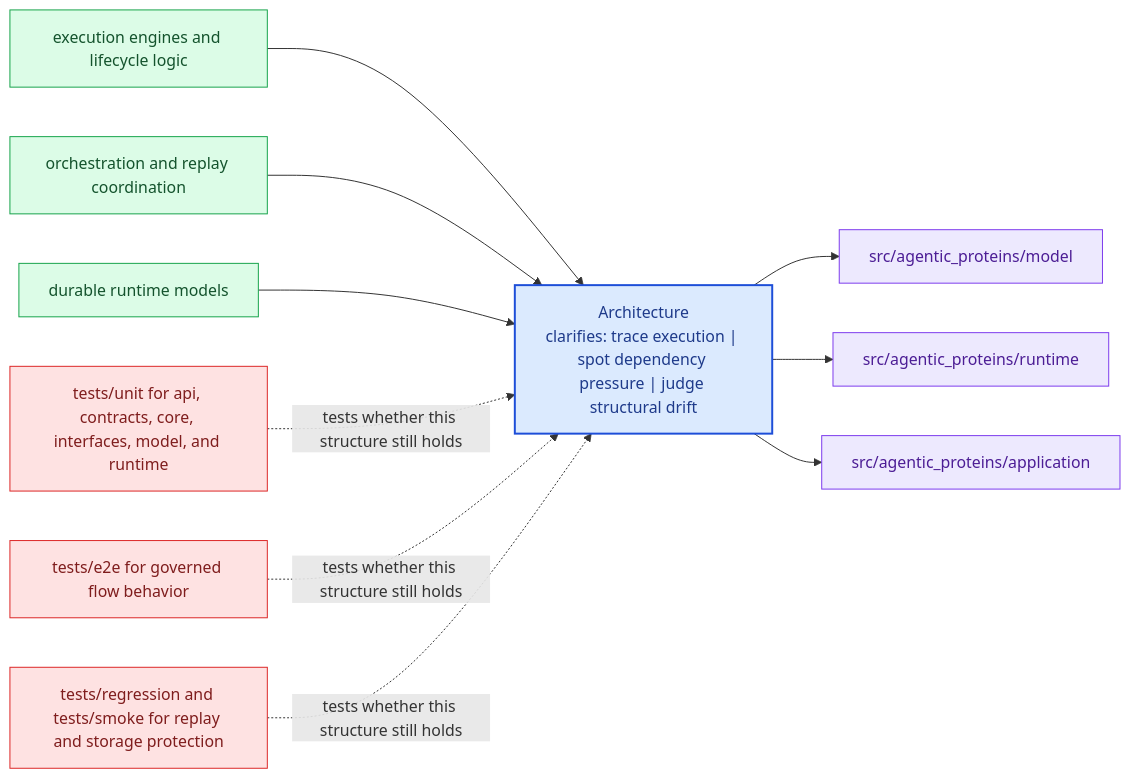
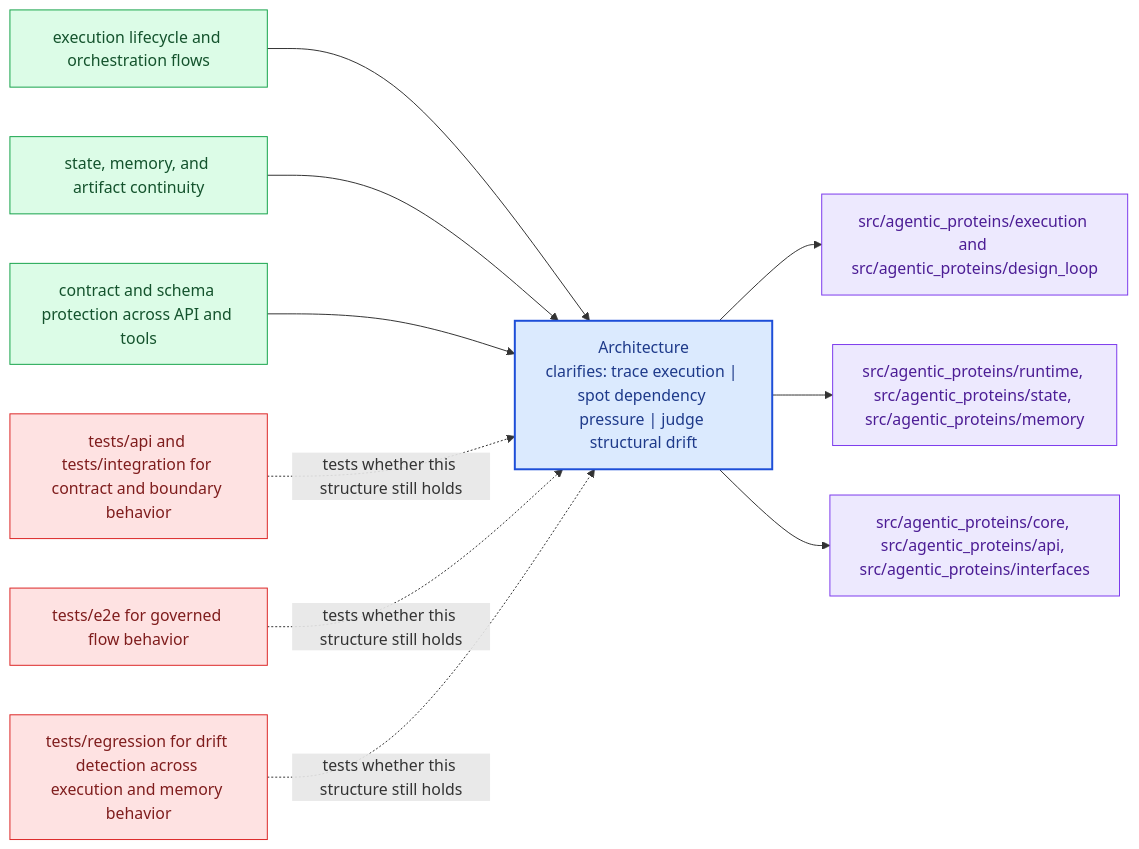
Before and after one commit to bijux/bijux-proteomics: the diagram in docs/agentic-proteins/architecture/index.md, drawn with Mermaid. The commit also changed other lines of this file, not shown here.

Commit message:
docs(agentic-architecture): replace fictional layers with real module anchors

````diff
--- a/docs/agentic-proteins/architecture/index.md
+++ b/docs/agentic-proteins/architecture/index.md
@@ -20,31 +20,31 @@
 ```mermaid
 flowchart LR
     page["Architecture<br/>clarifies: trace execution | spot dependency pressure | judge structural drift"]
     classDef page fill:#dbeafe,stroke:#1d4ed8,color:#1e3a8a,stroke-width:2px;
     classDef positive fill:#dcfce7,stroke:#16a34a,color:#14532d;
     classDef caution fill:#fee2e2,stroke:#dc2626,color:#7f1d1d;
     classDef anchor fill:#ede9fe,stroke:#7c3aed,color:#4c1d95;
     classDef action fill:#fef3c7,stroke:#d97706,color:#7c2d12;
-    module1["execution engines and lifecycle logic"]
+    module1["execution lifecycle and orchestration flows"]
     module1 --> page
-    module2["orchestration and replay coordination"]
+    module2["state, memory, and artifact continuity"]
     module2 --> page
-    module3["durable runtime models"]
+    module3["contract and schema protection across API and tools"]
     module3 --> page
-    code1["src/agentic_proteins/model"]
+    code1["src/agentic_proteins/execution and src/agentic_proteins/design_loop"]
     page --> code1
-    code2["src/agentic_proteins/runtime"]
+    code2["src/agentic_proteins/runtime, src/agentic_proteins/state, src/agentic_proteins/memory"]
     page --> code2
-    code3["src/agentic_proteins/application"]
+    code3["src/agentic_proteins/core, src/agentic_proteins/api, src/agentic_proteins/interfaces"]
     page --> code3
-    pressure1["tests/unit for api, contracts, core, interfaces, model, and runtime"]
+    pressure1["tests/api and tests/integration for contract and boundary behavior"]
     pressure1 -.tests whether this structure still holds.-> page
     pressure2["tests/e2e for governed flow behavior"]
     pressure2 -.tests whether this structure still holds.-> page
-    pressure3["tests/regression and tests/smoke for replay and storage protection"]
+    pressure3["tests/regression for drift detection across execution and memory behavior"]
     pressure3 -.tests whether this structure still holds.-> page
     class page page;
     class module1,module2,module3 positive;
     class code1,code2,code3 anchor;
     class pressure1,pressure2,pressure3 caution;
 ```
````
